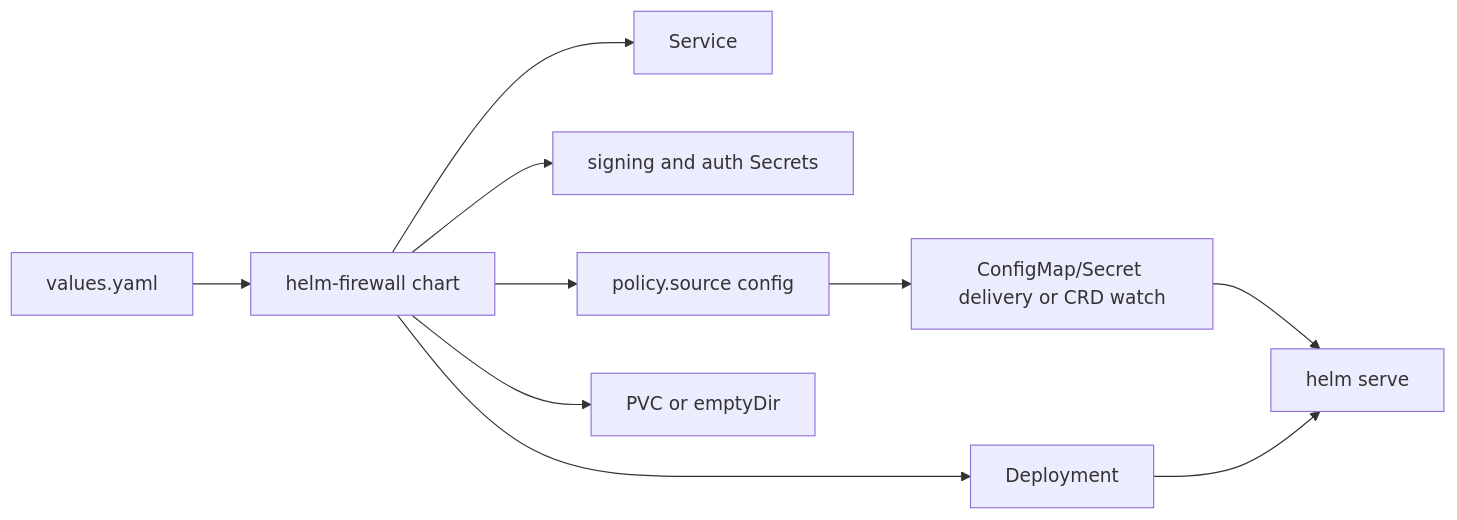
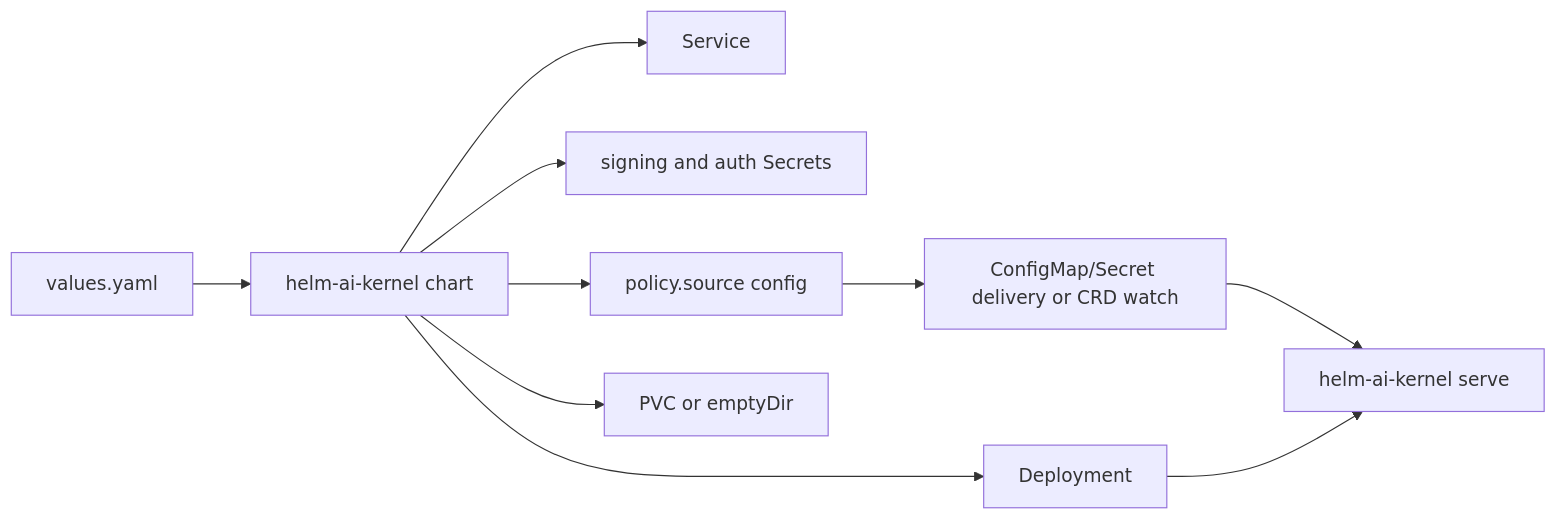
One commit to Mindburn-Labs/helm-ai-kernel changed the diagram in deploy/README.md. Above: the diagram before and after it, drawn with Mermaid. The commit also changed other lines of this file and 966 other files, not shown here.

First line of the commit message:
chore: complete helm-ai-kernel rename (#138)

````diff
--- a/deploy/README.md
+++ b/deploy/README.md
@@ -9,12 +9,12 @@
 ```mermaid
 flowchart LR
-  values["values.yaml"] --> chart["helm-firewall chart"]
+  values["values.yaml"] --> chart["helm-ai-kernel chart"]
   chart --> deploy["Deployment"]
   chart --> svc["Service"]
   chart --> secret["signing and auth Secrets"]
   chart --> source["policy.source config"]
   source --> delivery["ConfigMap/Secret delivery or CRD watch"]
   chart --> pvc["PVC or emptyDir"]
   delivery --> pod["runtime reconciler"]
-  deploy --> pod["helm serve"]
+  deploy --> pod["helm-ai-kernel serve"]
 ```
````
